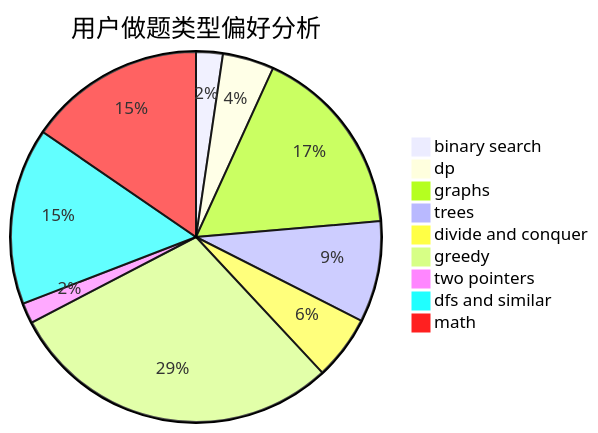
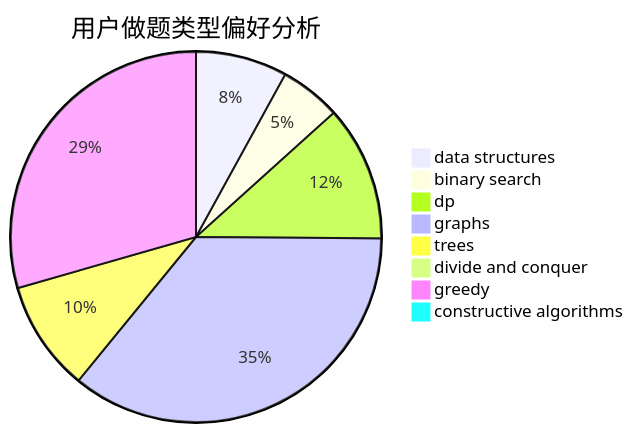
Before and after one commit to sherpahu/cfrs.github.io: the second of 3 diagrams in docs/user/u638.md, drawn with Mermaid. The commit also changed other lines of this file and 2775 other files, not shown here.

````diff
--- a/docs/user/u638.md
+++ b/docs/user/u638.md
@@ -23,12 +23,11 @@
 ```mermaid
 pie title 用户做题类型偏好分析
-    "binary search" :  52
-    "dp" :  100
-    "graphs" :  375
-    "trees" :  197
-    "divide and conquer" :  125
-    "greedy" :  653
-    "two pointers" :  40
-    "dfs and similar" :  344
-    "math" :  344
+    "data structures" :  63
+    "binary search" :  42
+    "dp" :  93
+    "graphs" :  282
+    "trees" :  76
+    "divide and conquer" :  5
+    "greedy" :  232
+    "constructive algorithms" :  4
 ```
````
